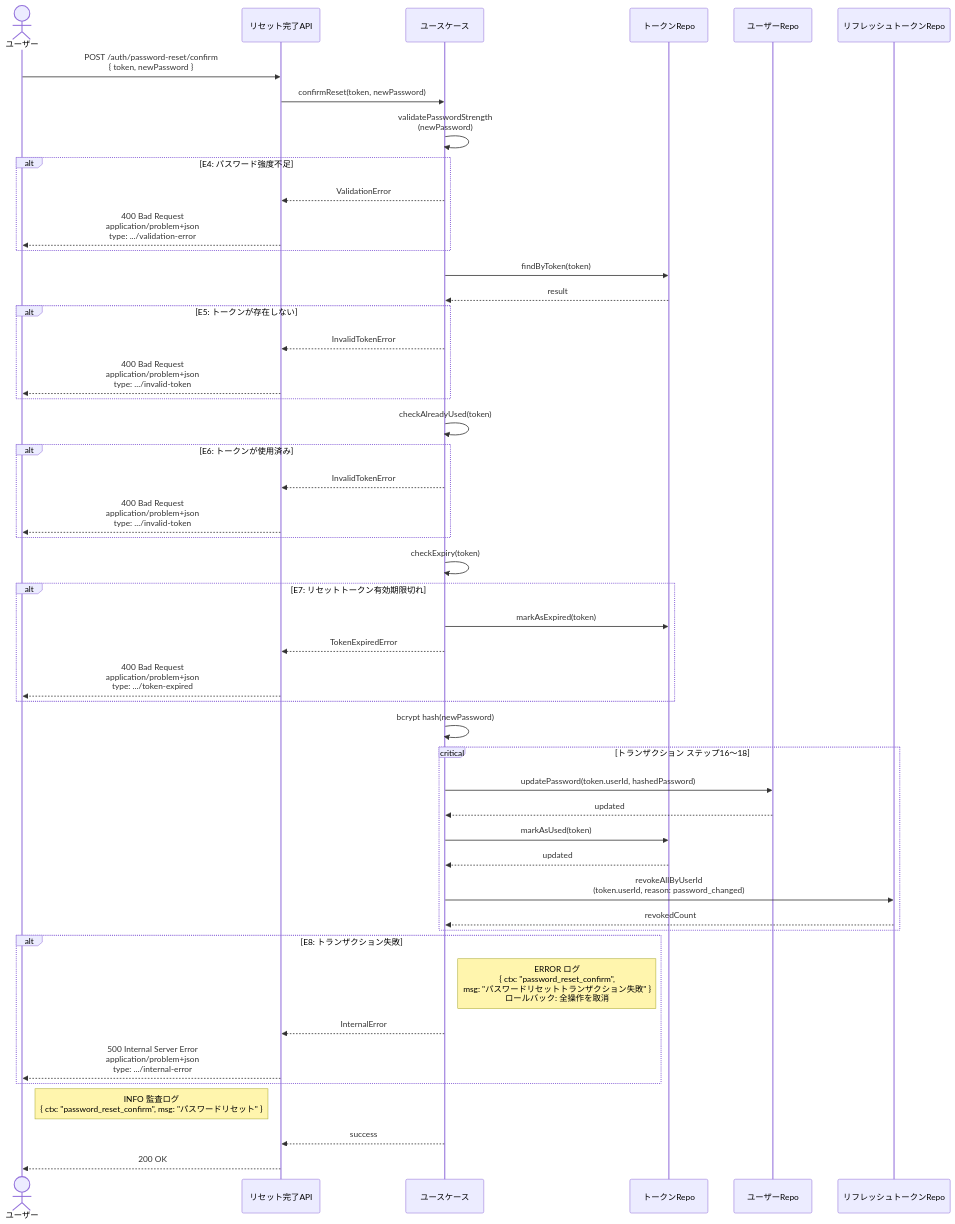
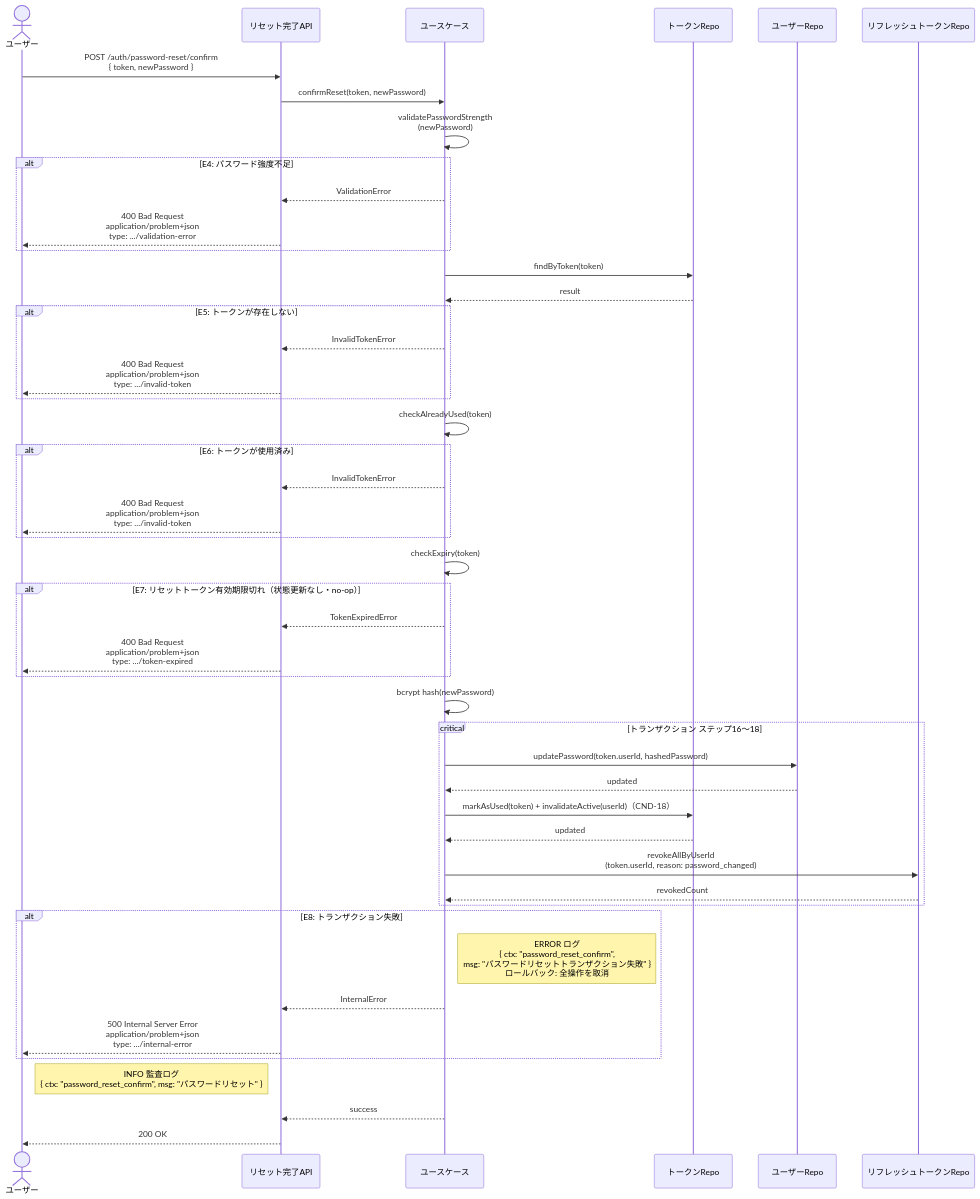
Before and after one commit to suunet/POC_HYDRA_AUTH: the third of 3 diagrams in .docs/design/buc/BUC-U07.md, drawn with Mermaid. The commit also changed other lines of this file and 7 other files, not shown here.

Commit message:
docs(T-018): cycle 1 - BUC-U07是正(レート先行・チェック時窓確定・E3全ロールバック・E7 no-op・適格性inactive限定・図追従)とCND-18発番、VAR-12/INF-05/INF-10/NFR-11/STM-03の波及是正、UC-008/UC-009仕様起草

````diff
--- a/.docs/design/buc/BUC-U07.md
+++ b/.docs/design/buc/BUC-U07.md
@@ -239,50 +238,49 @@
 ```mermaid
 sequenceDiagram
   actor User as ユーザー
   participant ResetConfirmAPI as リセット完了API
   participant UseCase as ユースケース
   participant ResetRepo as トークンRepo
   participant UserRepo as ユーザーRepo
   participant RefreshRepo as リフレッシュトークンRepo
   User->>ResetConfirmAPI: POST /auth/password-reset/confirm<br/>{ token, newPassword }
   ResetConfirmAPI->>UseCase: confirmReset(token, newPassword)
   UseCase->>UseCase: validatePasswordStrength<br/>(newPassword)
   alt E4: パスワード強度不足
   UseCase-->>ResetConfirmAPI: ValidationError
   ResetConfirmAPI-->>User: 400 Bad Request<br/>application/problem+json<br/>type: .../validation-error
   end
   UseCase->>ResetRepo: findByToken(token)
   ResetRepo-->>UseCase: result
   alt E5: トークンが存在しない
   UseCase-->>ResetConfirmAPI: InvalidTokenError
   ResetConfirmAPI-->>User: 400 Bad Request<br/>application/problem+json<br/>type: .../invalid-token
   end
   UseCase->>UseCase: checkAlreadyUsed(token)
   alt E6: トークンが使用済み
   UseCase-->>ResetConfirmAPI: InvalidTokenError
   ResetConfirmAPI-->>User: 400 Bad Request<br/>application/problem+json<br/>type: .../invalid-token
   end
   UseCase->>UseCase: checkExpiry(token)
-  alt E7: リセットトークン有効期限切れ
-  UseCase->>ResetRepo: markAsExpired(token)
+  alt E7: リセットトークン有効期限切れ（状態更新なし・no-op）
   UseCase-->>ResetConfirmAPI: TokenExpiredError
   ResetConfirmAPI-->>User: 400 Bad Request<br/>application/problem+json<br/>type: .../token-expired
   end
   UseCase->>UseCase: bcrypt hash(newPassword)
   critical トランザクション ステップ16〜18
   UseCase->>UserRepo: updatePassword(token.userId, hashedPassword)
   UserRepo-->>UseCase: updated
-  UseCase->>ResetRepo: markAsUsed(token)
+  UseCase->>ResetRepo: markAsUsed(token) + invalidateActive(userId)（CND-18）
   ResetRepo-->>UseCase: updated
   UseCase->>RefreshRepo: revokeAllByUserId<br/>(token.userId, reason: password_changed)
   RefreshRepo-->>UseCase: revokedCount
   end
   alt E8: トランザクション失敗
   Note right of UseCase: ERROR ログ<br/>{ ctx: "password_reset_confirm",<br/>msg: "パスワードリセットトランザクション失敗" }<br/>ロールバック: 全操作を取消
   UseCase-->>ResetConfirmAPI: InternalError
   ResetConfirmAPI-->>User: 500 Internal Server Error<br/>application/problem+json<br/>type: .../internal-error
   end
   Note right of User: INFO 監査ログ<br/>{ ctx: "password_reset_confirm", msg: "パスワードリセット" }
   UseCase-->>ResetConfirmAPI: success
   ResetConfirmAPI-->>User: 200 OK
 ```
````
